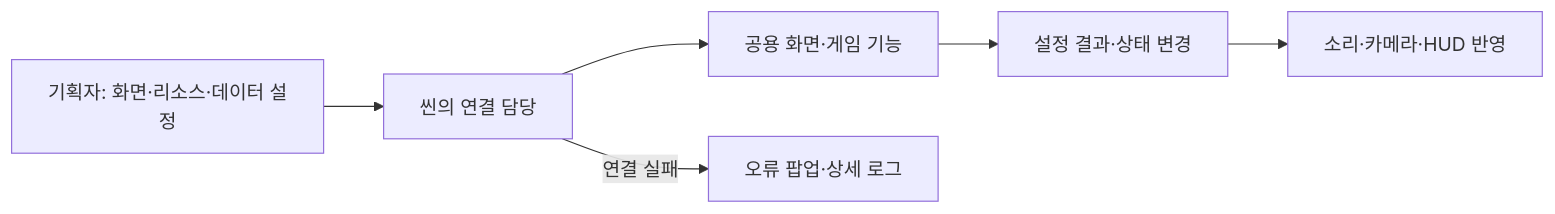
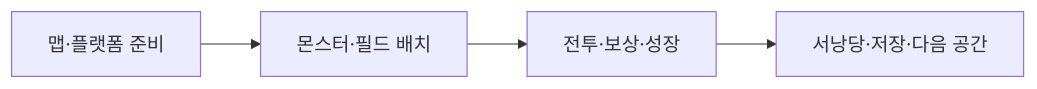
Before and after one commit to lkhwcf-arch/Human_Ghost-: the third of 5 diagrams in Docs/기획자용 안내문서/기획자용 공통 모듈 연결과 확인 안내.md, drawn with Mermaid. The commit also changed other lines of this file and 92 other files, not shown here.

````diff
--- a/Docs/기획자용 안내문서/기획자용 공통 모듈 연결과 확인 안내.md
+++ b/Docs/기획자용 안내문서/기획자용 공통 모듈 연결과 확인 안내.md
@@ -47,8 +82,6 @@
-```mermaid
+~~~mermaid
 flowchart LR
-    A[기획자: 화면·리소스·데이터 설정] --> B[씬의 연결 담당]
-    B --> C[공용 화면·게임 기능]
-    C --> D[설정 결과·상태 변경]
-    D --> E[소리·카메라·HUD 반영]
-    B -->|연결 실패| F[오류 팝업·상세 로그]
-```
+    A[맵·플랫폼 준비] --> B[몬스터·필드 배치]
+    B --> C[전투·보상·성장]
+    C --> D[서낭당·저장·다음 공간]
+~~~
````
